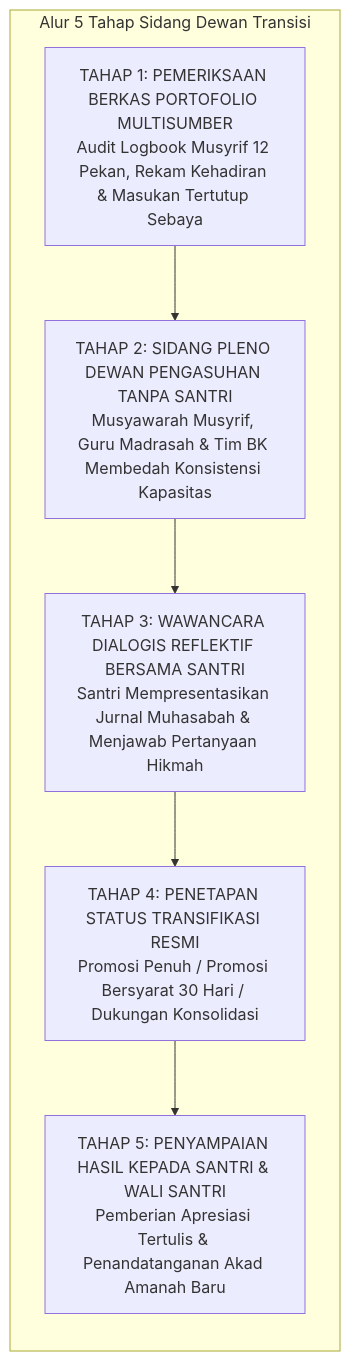
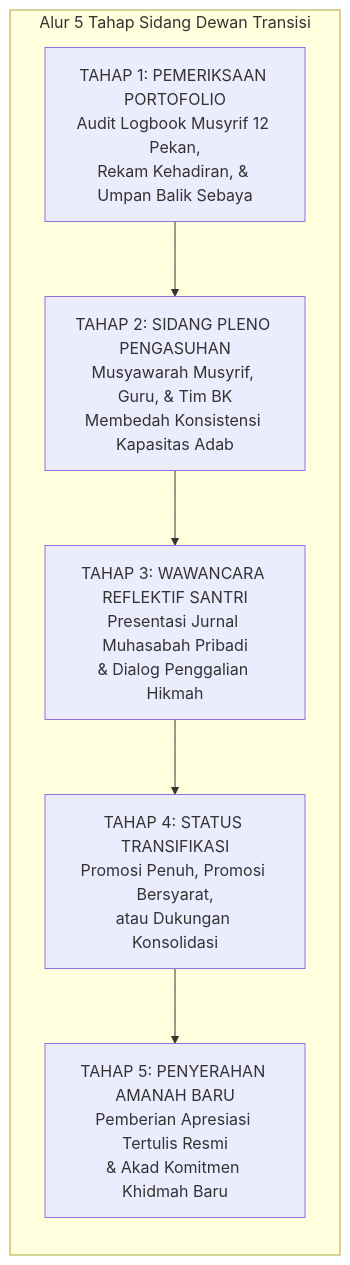
Before and after one commit to wandiapriliyandi/tumbuh: the diagram in BOOK Series 1/01-The-Fundamental-of-TUMBUH/Bab-15-Mekanisme-Transisi-dan-Kenaikan-Jenjang.md, drawn with Mermaid. The commit also changed 37 other files, not shown here.

Commit message:
fix(book-01): optimasi pemenggalan teks dan overflow seluruh diagram serta render ulang 20 PDF

````diff
--- a/BOOK Series 1/01-The-Fundamental-of-TUMBUH/Bab-15-Mekanisme-Transisi-dan-Kenaikan-Jenjang.md
+++ b/BOOK Series 1/01-The-Fundamental-of-TUMBUH/Bab-15-Mekanisme-Transisi-dan-Kenaikan-Jenjang.md
@@ -145,13 +145,13 @@
 ```mermaid
 graph TD
     subgraph SIKLUS_SIDANG_GATEWAY["Alur 5 Tahap Sidang Dewan Transisi"]
         direction TB
-        S1["TAHAP 1: PEMERIKSAAN BERKAS PORTOFOLIO MULTISUMBER<br/>Audit Logbook Musyrif 12 Pekan, Rekam Kehadiran & Masukan Tertutup Sebaya"]
-        S2["TAHAP 2: SIDANG PLENO DEWAN PENGASUHAN TANPA SANTRI<br/>Musyawarah Musyrif, Guru Madrasah & Tim BK Membedah Konsistensi Kapasitas"]
-        S3["TAHAP 3: WAWANCARA DIALOGIS REFLEKTIF BERSAMA SANTRI<br/>Santri Mempresentasikan Jurnal Muhasabah & Menjawab Pertanyaan Hikmah"]
-        S4["TAHAP 4: PENETAPAN STATUS TRANSIFIKASI RESMI<br/>Promosi Penuh / Promosi Bersyarat 30 Hari / Dukungan Konsolidasi"]
-        S5["TAHAP 5: PENYAMPAIAN HASIL KEPADA SANTRI & WALI SANTRI<br/>Pemberian Apresiasi Tertulis & Penandatanganan Akad Amanah Baru"]
+        S1["TAHAP 1: PEMERIKSAAN PORTOFOLIO<br/>Audit Logbook Musyrif 12 Pekan,<br/>Rekam Kehadiran, & Umpan Balik Sebaya"]
+        S2["TAHAP 2: SIDANG PLENO PENGASUHAN<br/>Musyawarah Musyrif, Guru, & Tim BK<br/>Membedah Konsistensi Kapasitas Adab"]
+        S3["TAHAP 3: WAWANCARA REFLEKTIF SANTRI<br/>Presentasi Jurnal Muhasabah Pribadi<br/>& Dialog Penggalian Hikmah"]
+        S4["TAHAP 4: STATUS TRANSIFIKASI<br/>Promosi Penuh, Promosi Bersyarat,<br/>atau Dukungan Konsolidasi"]
+        S5["TAHAP 5: PENYERAHAN AMANAH BARU<br/>Pemberian Apresiasi Tertulis Resmi<br/>& Akad Komitmen Khidmah Baru"]
         
         S1 --> S2 --> S3 --> S4 --> S5
     end
 ```
````
